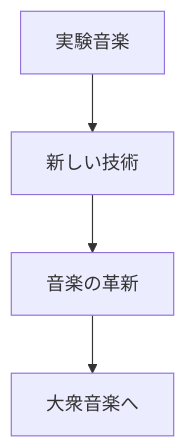
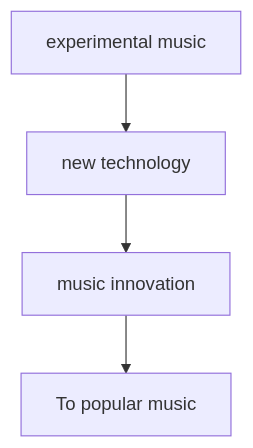
One commit to monumental-movement/monumental-movement.github.io changed the fifth of 5 diagrams in en/_posts/2026-03-13-column-why-experimental-music-scares-people.md. Above: the diagram before and after it, drawn with Mermaid. The commit also changed other lines of this file and 801 other files, not shown here.

```diff
--- a/en/_posts/2026-03-13-column-why-experimental-music-scares-people.md
+++ b/en/_posts/2026-03-13-column-why-experimental-music-scares-people.md
@@ -259,6 +259,6 @@
 <div class="mermaid">
 graph TD
-A[実験音楽] --> B[新しい技術]
-B --> C[音楽の革新]
-C --> D[大衆音楽へ]
+A[experimental music] --> B[new technology]
+B --> C[music innovation]
+C --> D[To popular music]
 </div>
```
